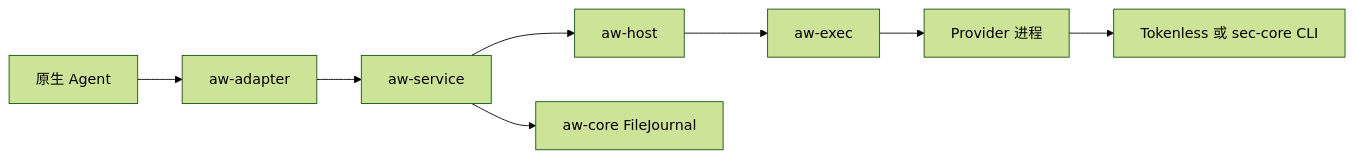
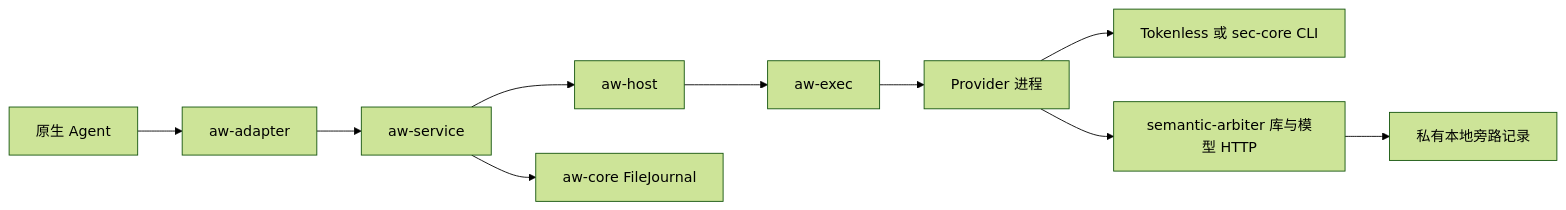
The diagram in src/aw/docs/design/zh/README.md (agentic-os-org/ANOLISA), drawn with Mermaid (forest theme) before and after one commit. The commit also changed other lines of this file and 30 other files, not shown here.

First line of the commit message:
feat(aw): add semantic arbiter provider

````diff
--- a/src/aw/docs/design/zh/README.md
+++ b/src/aw/docs/design/zh/README.md
@@ -14,10 +14,12 @@
 ```mermaid
 flowchart LR
     Agent[原生 Agent] --> Adapter[aw-adapter]
     Adapter --> Service[aw-service]
     Service --> Host[aw-host]
     Host --> Exec[aw-exec]
     Exec --> Provider[Provider 进程]
     Provider --> Backend[Tokenless 或 sec-core CLI]
+    Provider --> Semantic[semantic-arbiter 库与模型 HTTP]
+    Semantic --> Records[私有本地旁路记录]
     Service --> Journal[aw-core FileJournal]
 ```
````
